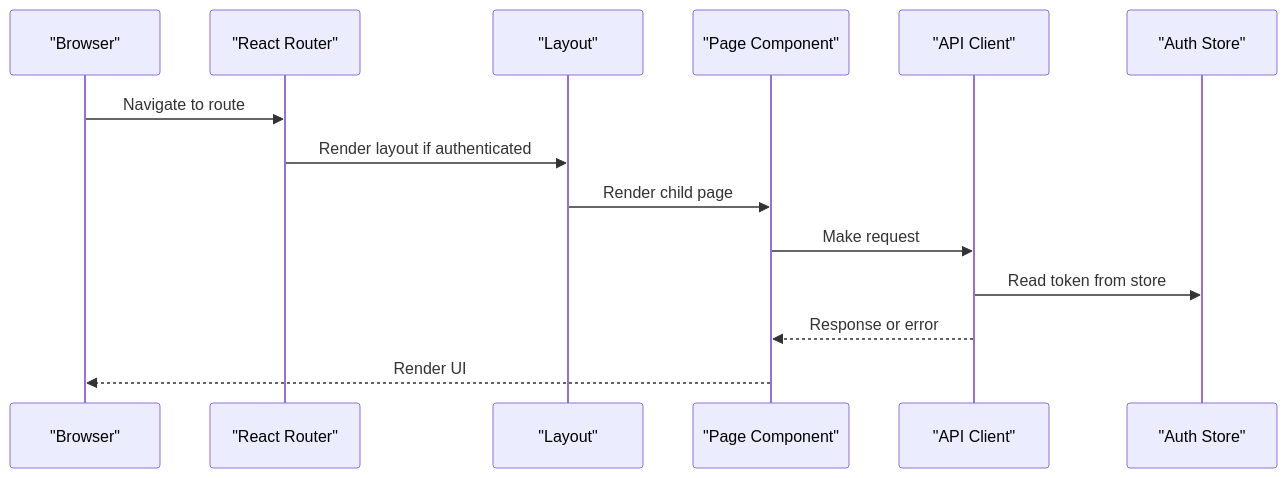
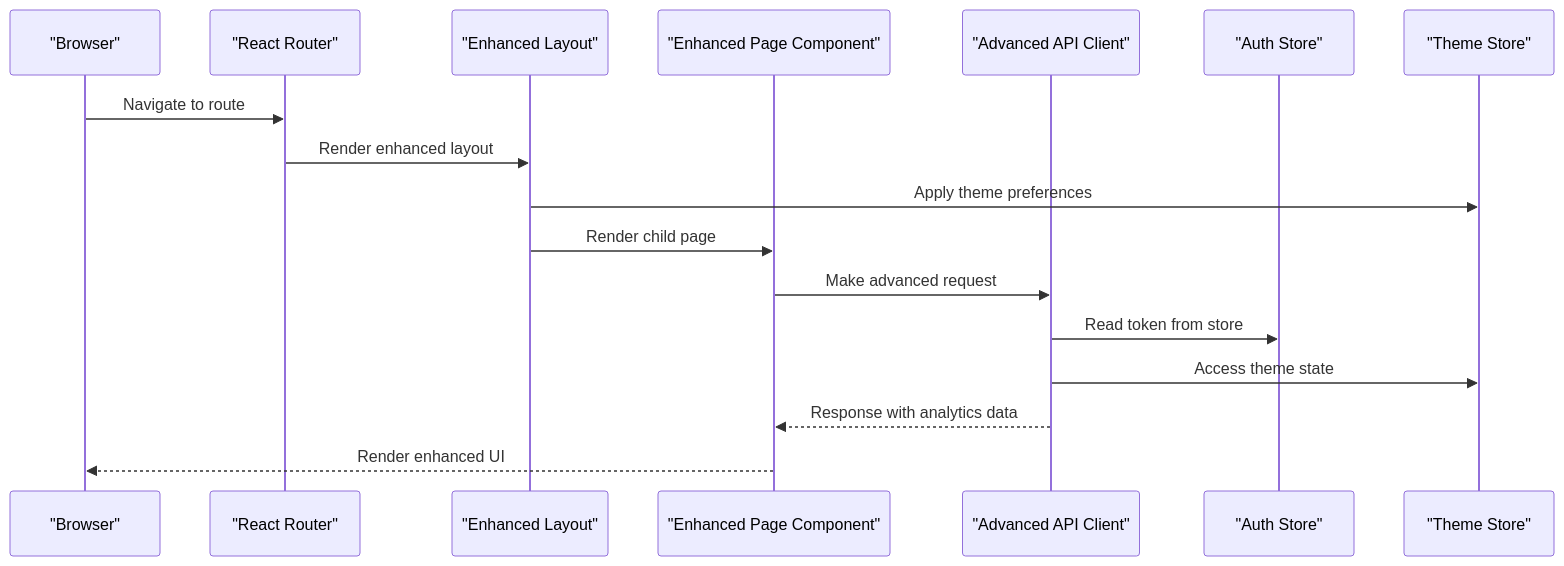
Before and after one commit to Vostrikov2014/vks-qoder: the second of 3 diagrams in .qoder/repowiki/en/content/Frontend Application/Pages and Components.md, drawn with Mermaid. The commit also changed other lines of this file and 5 other files, not shown here.

````diff
--- a/.qoder/repowiki/en/content/Frontend Application/Pages and Components.md
+++ b/.qoder/repowiki/en/content/Frontend Application/Pages and Components.md
@@ -118,16 +140,19 @@
 ```mermaid
 sequenceDiagram
 participant Browser as "Browser"
 participant Router as "React Router"
-participant Layout as "Layout"
-participant Page as "Page Component"
-participant API as "API Client"
+participant Layout as "Enhanced Layout"
+participant Page as "Enhanced Page Component"
+participant API as "Advanced API Client"
 participant Auth as "Auth Store"
+participant Theme as "Theme Store"
 Browser->>Router : Navigate to route
-Router->>Layout : Render layout if authenticated
+Router->>Layout : Render enhanced layout
+Layout->>Theme : Apply theme preferences
 Layout->>Page : Render child page
-Page->>API : Make request
+Page->>API : Make advanced request
 API->>Auth : Read token from store
-API-->>Page : Response or error
-Page-->>Browser : Render UI
+API->>Theme : Access theme state
+API-->>Page : Response with analytics data
+Page-->>Browser : Render enhanced UI
 ```
````
